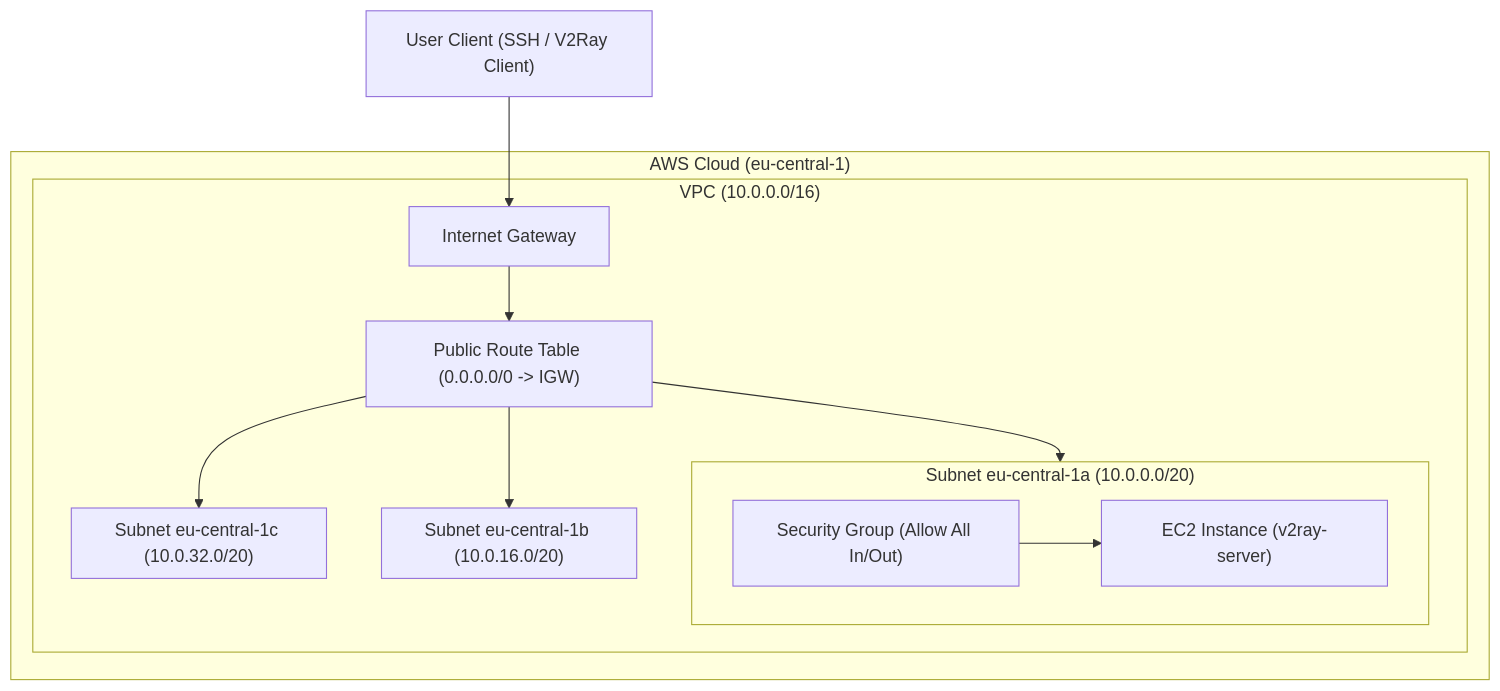
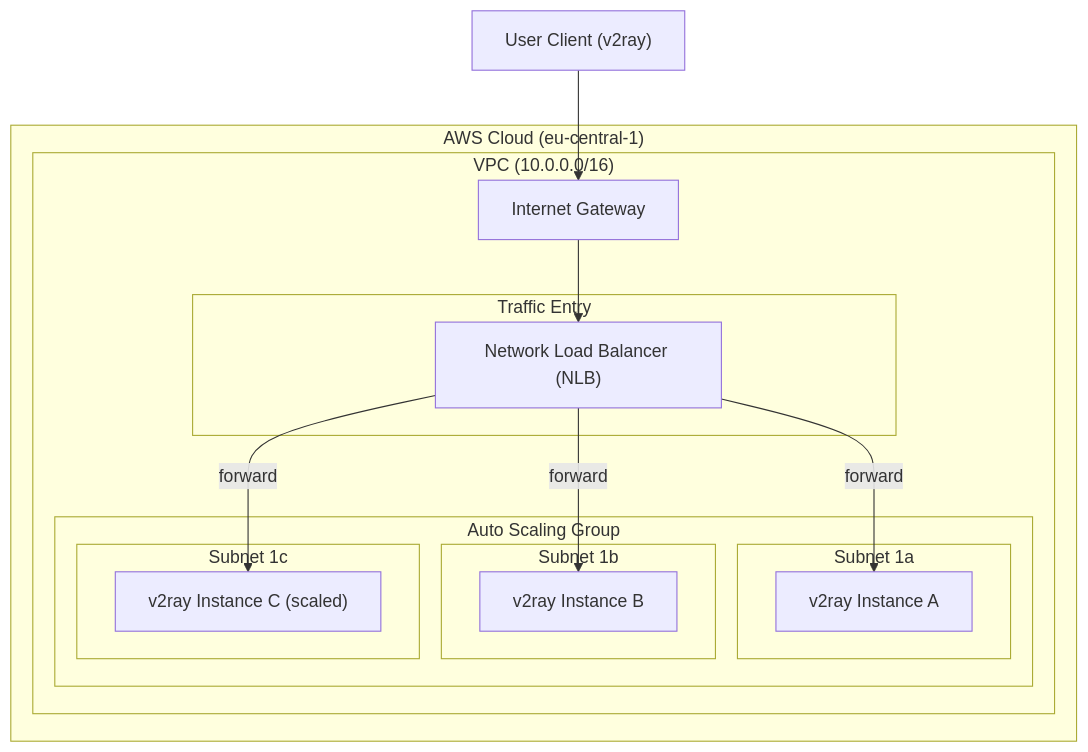
One commit to Andreichenko/v2ray-aws changed the diagram in README.md. Above: the diagram before and after it, drawn with Mermaid. The commit also changed other lines of this file and 4 other files, not shown here.

Commit message:
feat: migrate single EC2 instance to Auto Scaling Group and NLB

````diff
--- a/README.md
+++ b/README.md
@@ -15,28 +15,33 @@
 ```mermaid
 graph TD
     subgraph AWS ["AWS Cloud (eu-central-1)"]
         subgraph VPC ["VPC (10.0.0.0/16)"]
             IGW["Internet Gateway"]
-            RT["Public Route Table (0.0.0.0/0 -> IGW)"]
             
-            subgraph SubnetA ["Subnet eu-central-1a (10.0.0.0/20)"]
-                SG["Security Group (Allow All In/Out)"]
-                EC2["EC2 Instance (v2ray-server)"]
+            subgraph LoadBalancer ["Traffic Entry"]
+                NLB["Network Load Balancer (NLB)"]
             end
             
-            subgraph SubnetB ["Subnet eu-central-1b (10.0.16.0/20)"]
+            subgraph ASG ["Auto Scaling Group"]
+                subgraph SubnetA ["Subnet 1a"]
+                    EC2_A["v2ray Instance A"]
+                end
+                
+                subgraph SubnetB ["Subnet 1b"]
+                    EC2_B["v2ray Instance B"]
+                end
+                
+                subgraph SubnetC ["Subnet 1c"]
+                    EC2_C["v2ray Instance C (scaled)"]
+                end
             end
             
-            subgraph SubnetC ["Subnet eu-central-1c (10.0.32.0/20)"]
-            end
-            
-            IGW --> RT
-            RT --> SubnetA
-            RT --> SubnetB
-            RT --> SubnetC
-            SG --> EC2
+            IGW --> NLB
+            NLB -->|forward| EC2_A
+            NLB -->|forward| EC2_B
+            NLB -->|forward| EC2_C
         end
     end
     
-    User["User Client (SSH / V2Ray Client)"] --> IGW
+    User["User Client (v2ray)"] --> IGW
 ```
````
